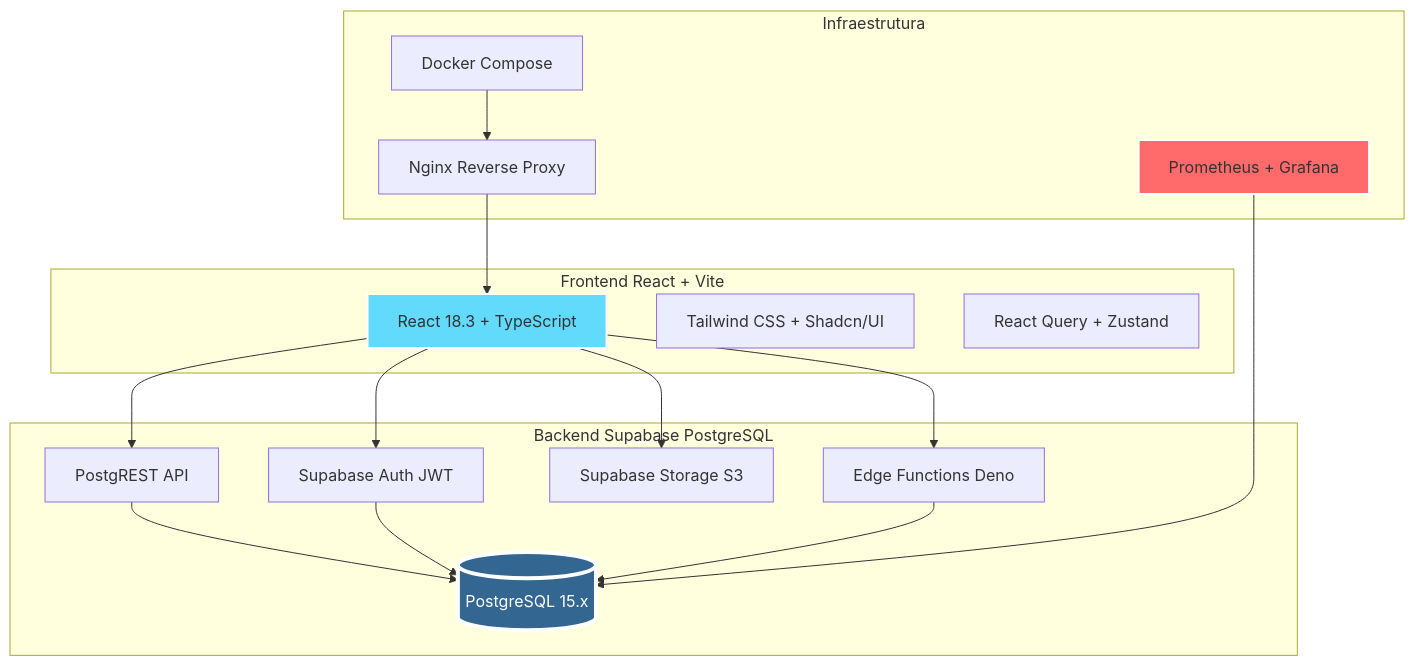
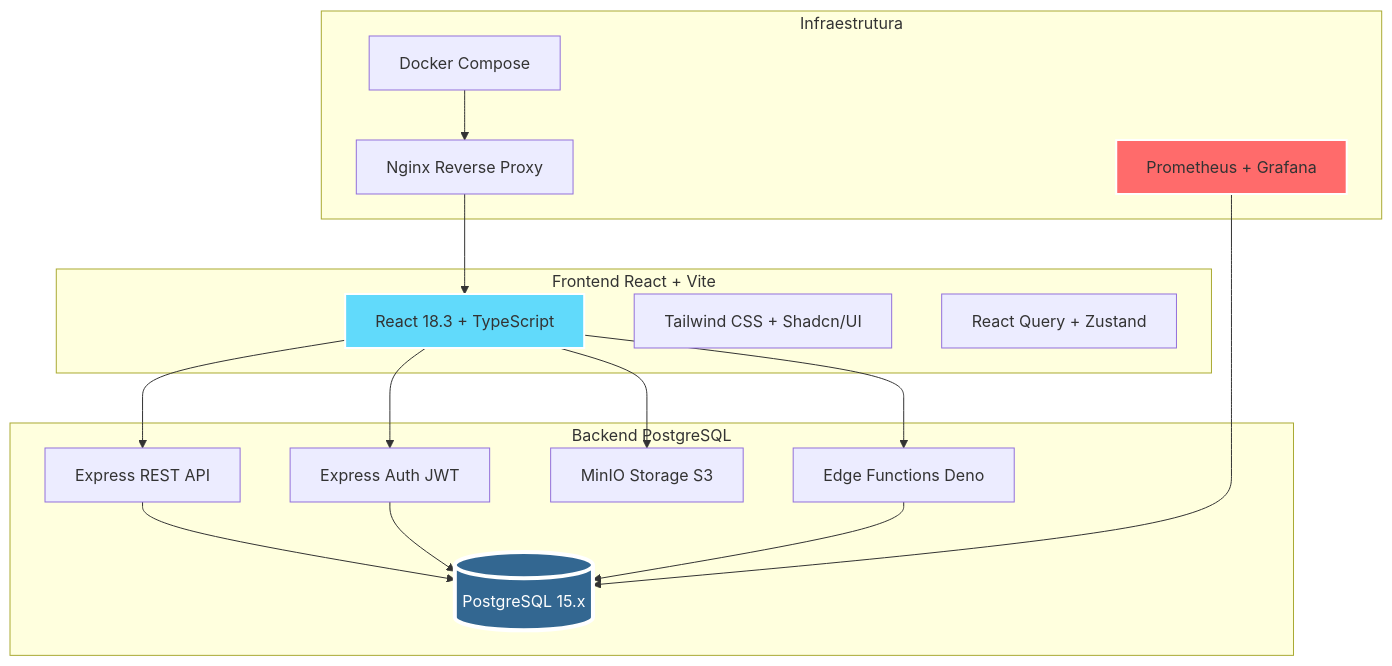
Before and after one commit to B0yZ4kr14/ortho-plus-modules-07b53a29: the first of 6 diagrams in docs/GUIAS-TECNICO/01-ARQUITETURA-GERAL.md, drawn with Mermaid. The commit also changed other lines of this file and 112 other files, not shown here.

First line of the commit message:
docs: add migration guides, architecture docs, and validation reports

````diff
--- a/docs/GUIAS-TECNICO/01-ARQUITETURA-GERAL.md
+++ b/docs/GUIAS-TECNICO/01-ARQUITETURA-GERAL.md
@@ -15,38 +15,38 @@
 ```mermaid
 graph TB
     subgraph "Frontend React + Vite"
         A[React 18.3 + TypeScript]
         B[Tailwind CSS + Shadcn/UI]
         C[React Query + Zustand]
     end
     
-    subgraph "Backend Supabase PostgreSQL"
+    subgraph "Backend PostgreSQL"
         D[(PostgreSQL 15.x)]
-        E[PostgREST API]
-        F[Supabase Auth JWT]
-        G[Supabase Storage S3]
+        E[Express REST API]
+        F[Express Auth JWT]
+        G[MinIO Storage S3]
         H[Edge Functions Deno]
     end
     
     subgraph "Infraestrutura"
         I[Docker Compose]
         J[Nginx Reverse Proxy]
         K[Prometheus + Grafana]
     end
     
     A --> E
     A --> F
     A --> G
     A --> H
     E --> D
     F --> D
     H --> D
     
     I --> J
     J --> A
     K --> D
     
     style D fill:#336791,stroke:#fff,stroke-width:4px,color:#fff
     style A fill:#61dafb,stroke:#fff,stroke-width:2px
     style K fill:#ff6b6b,stroke:#fff,stroke-width:2px
 ```
````
